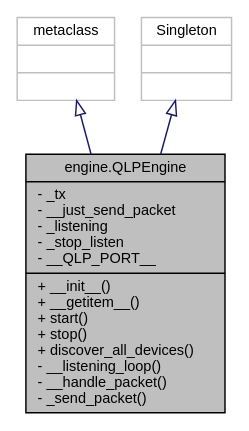
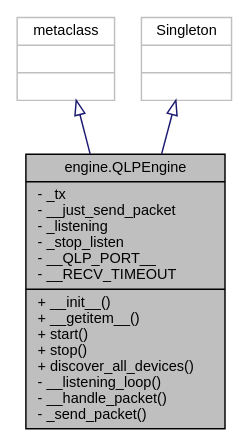
Before and after one commit to Quantum-0/qlsc: the diagram in classengine_1_1QLPEngine__inherit__graph.dot, drawn with Graphviz. The commit also changed 205 other files, not shown here.

```diff
--- a/classengine_1_1QLPEngine__inherit__graph.dot
+++ b/classengine_1_1QLPEngine__inherit__graph.dot
@@ -1,11 +1,11 @@
 digraph "engine.QLPEngine"
 {
  // LATEX_PDF_SIZE
   edge [fontname="Helvetica",fontsize="10",labelfontname="Helvetica",labelfontsize="10"];
   node [fontname="Helvetica",fontsize="10",shape=record];
-  Node1 [label="{engine.QLPEngine\n|- _tx\l- __just_send_packet\l- _listening\l- _stop_listen\l- __QLP_PORT__\l|+ __init__()\l+ __getitem__()\l+ start()\l+ stop()\l+ discover_all_devices()\l- __listening_loop()\l- __handle_packet()\l- _send_packet()\l}",height=0.2,width=0.4,color="black", fillcolor="grey75", style="filled", fontcolor="black",tooltip=" "];
+  Node1 [label="{engine.QLPEngine\n|- _tx\l- __just_send_packet\l- _listening\l- _stop_listen\l- __QLP_PORT__\l- __RECV_TIMEOUT\l|+ __init__()\l+ __getitem__()\l+ start()\l+ stop()\l+ discover_all_devices()\l- __listening_loop()\l- __handle_packet()\l- _send_packet()\l}",height=0.2,width=0.4,color="black", fillcolor="grey75", style="filled", fontcolor="black",tooltip=" "];
   Node2 -> Node1 [dir="back",color="midnightblue",fontsize="10",style="solid",arrowtail="onormal",fontname="Helvetica"];
   Node2 [label="{metaclass\n||}",height=0.2,width=0.4,color="grey75", fillcolor="white", style="filled",tooltip=" "];
   Node3 -> Node1 [dir="back",color="midnightblue",fontsize="10",style="solid",arrowtail="onormal",fontname="Helvetica"];
   Node3 [label="{Singleton\n||}",height=0.2,width=0.4,color="grey75", fillcolor="white", style="filled",tooltip=" "];
 }
```
